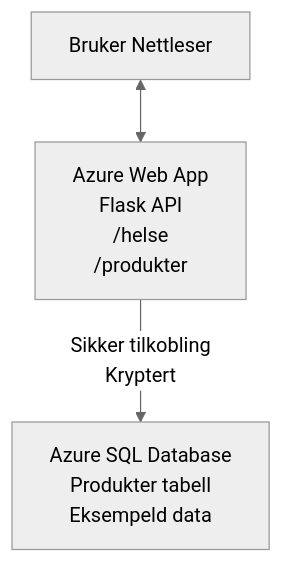
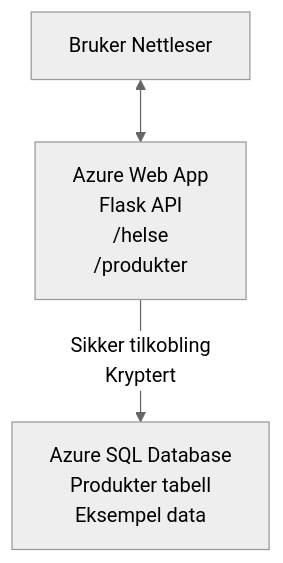
One commit to microsoft/AZD-for-beginners changed the diagram in translations/no/examples/database-app/README.md. Above: the diagram before and after it, drawn with Mermaid (neutral theme). The commit also changed other lines of this file and 101 other files, not shown here.

````diff
--- a/translations/no/examples/database-app/README.md
+++ b/translations/no/examples/database-app/README.md
@@ -72,5 +72,5 @@
 ```mermaid
 graph TD
     Browser[Bruker Nettleser] <--> WebApp[Azure Web App<br/>Flask API<br/>/helse<br/>/produkter]
-    WebApp -- Sikker tilkobling<br/>Kryptert --> SQL[Azure SQL Database<br/>Produkter tabell<br/>Eksempeld data]
+    WebApp -- Sikker tilkobling<br/>Kryptert --> SQL[Azure SQL Database<br/>Produkter tabell<br/>Eksempel data]
 ```
````
